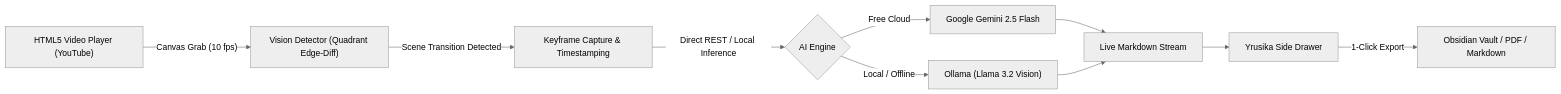
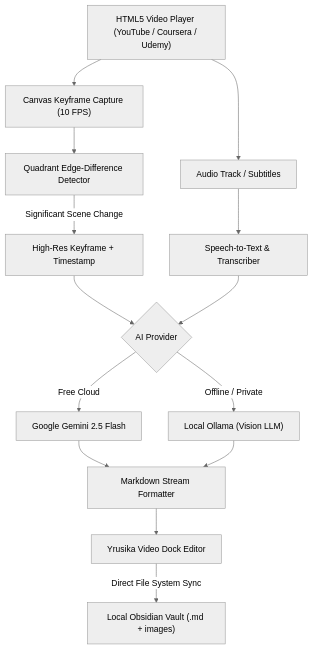
The diagram in README.md (tejuas98/yrusika), drawn with Mermaid (neutral theme) before and after one commit. The commit also changed other lines of this file and 3 other files, not shown here.

Commit message:
feat: add desktop web study station, ecosystem flowchart PNG, and complete README

````diff
--- a/README.md
+++ b/README.md
@@ -28,12 +180,21 @@
 ```mermaid
-flowchart LR
-    A["HTML5 Video Player (YouTube)"] -->|"Canvas Grab (10 fps)"| B["Vision Detector (Quadrant Edge-Diff)"]
-    B -->|"Scene Transition Detected"| C["Keyframe Capture & Timestamping"]
-    C -->|"Direct REST / Local Inference"| D{"AI Engine"}
-    D -->|"Free Cloud"| E["Google Gemini 2.5 Flash"]
-    D -->|"Local / Offline"| F["Ollama (Llama 3.2 Vision)"]
-    E --> G["Live Markdown Stream"]
-    F --> G["Live Markdown Stream"]
-    G --> H["Yrusika Side Drawer"]
-    H -->|"1-Click Export"| I["Obsidian Vault / PDF / Markdown"]
+flowchart TD
+    Video["HTML5 Video Player (YouTube / Coursera / Udemy)"] --> Canvas["Canvas Keyframe Capture (10 FPS)"]
+    Canvas --> Diff["Quadrant Edge-Difference Detector"]
+    Diff -->|"Significant Scene Change"| Snap["High-Res Keyframe + Timestamp"]
+    
+    Video --> AudioStream["Audio Track / Subtitles"]
+    AudioStream --> SpeechEngine["Speech-to-Text & Transcriber"]
+    
+    Snap --> AIOrchestrator{"AI Provider"}
+    SpeechEngine --> AIOrchestrator
+    
+    AIOrchestrator -->|"Free Cloud"| Gemini["Google Gemini 2.5 Flash"]
+    AIOrchestrator -->|"Offline / Private"| Ollama["Local Ollama (Vision LLM)"]
+    
+    Gemini --> Formatter["Markdown Stream Formatter"]
+    Ollama --> Formatter
+    
+    Formatter --> Editor["Yrusika Video Dock Editor"]
+    Editor -->|"Direct File System Sync"| Obsidian["Local Obsidian Vault (.md + images)"]
 ```
````
